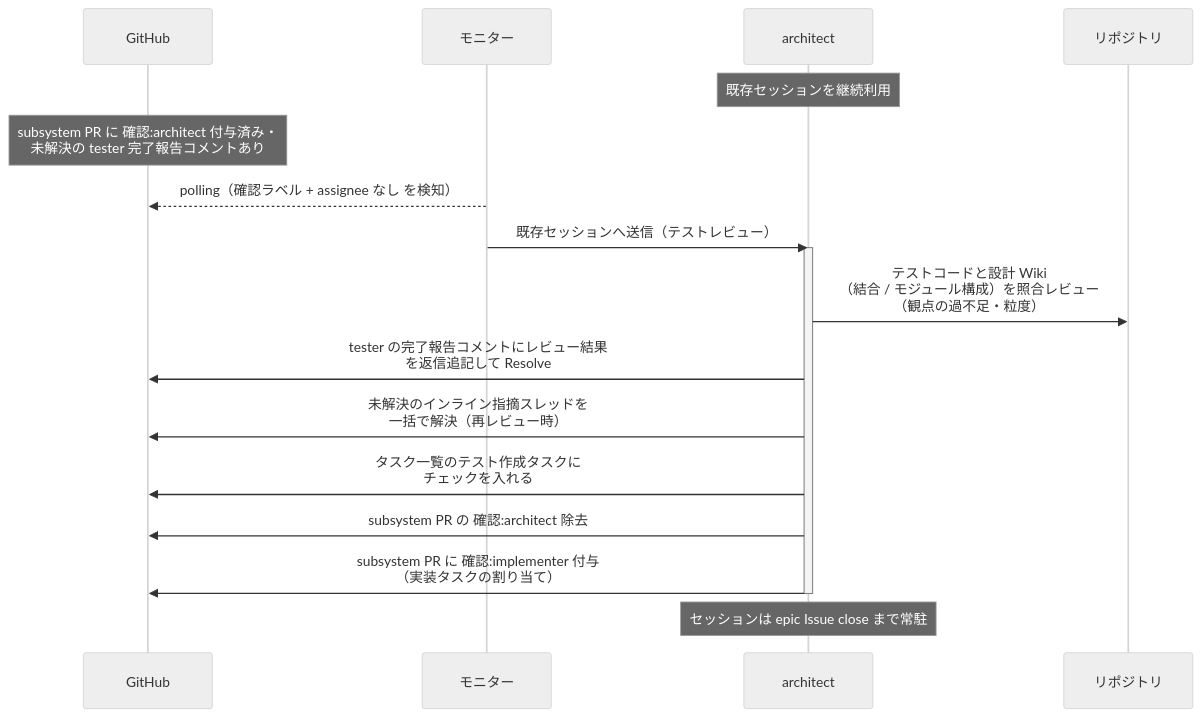
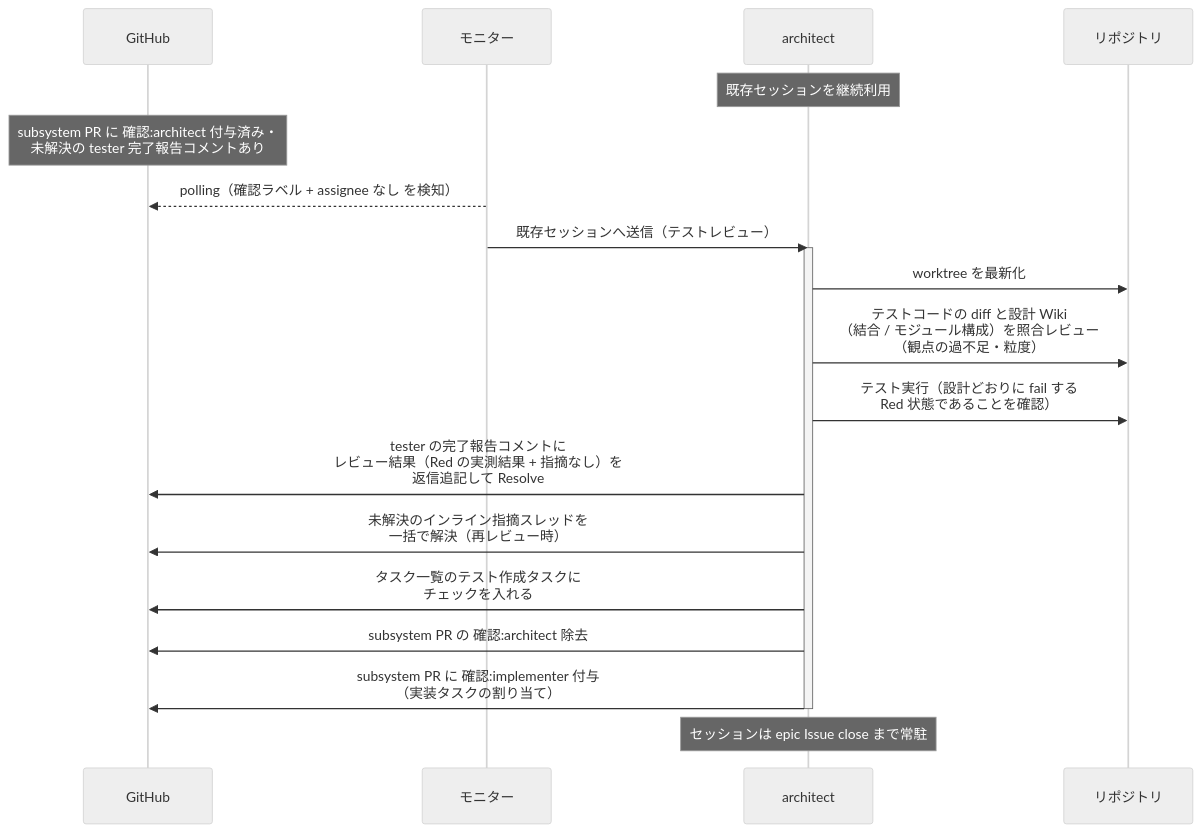
Before and after one commit to shuhei1101/ai-monitor: the first of 2 diagrams in docs/wiki/設計図/シナリオ/単一ユースケース/テストレビュー.md, drawn with Mermaid (neutral theme). The commit also changed other lines of this file and 304 other files, not shown here.

````diff
--- a/docs/wiki/設計図/シナリオ/単一ユースケース/テストレビュー.md
+++ b/docs/wiki/設計図/シナリオ/単一ユースケース/テストレビュー.md
@@ -27,21 +27,23 @@
 ```mermaid
 sequenceDiagram
   participant GH as GitHub
   participant ORC as モニター
   participant MON as architect
   participant REPO as リポジトリ
 
   Note over MON: 既存セッションを継続利用
   Note over GH: subsystem PR に 確認:architect 付与済み・<br>未解決の tester 完了報告コメントあり
   ORC-->>GH: polling（確認ラベル + assignee なし を検知）
   ORC->>MON: 既存セッションへ送信（テストレビュー）
   activate MON
-  MON->>REPO: テストコードと設計 Wiki<br>（結合 / モジュール構成）を照合レビュー<br>（観点の過不足・粒度）
-  MON->>GH: tester の完了報告コメントにレビュー結果<br>を返信追記して Resolve
+  MON->>REPO: worktree を最新化
+  MON->>REPO: テストコードの diff と設計 Wiki<br>（結合 / モジュール構成）を照合レビュー<br>（観点の過不足・粒度）
+  MON->>REPO: テスト実行（設計どおりに fail する<br>Red 状態であることを確認）
+  MON->>GH: tester の完了報告コメントに<br>レビュー結果（Red の実測結果 + 指摘なし）を<br>返信追記して Resolve
   MON->>GH: 未解決のインライン指摘スレッドを<br>一括で解決（再レビュー時）
   MON->>GH: タスク一覧のテスト作成タスクに<br>チェックを入れる
   MON->>GH: subsystem PR の 確認:architect 除去
   MON->>GH: subsystem PR に 確認:implementer 付与<br>（実装タスクの割り当て）
   deactivate MON
   Note over MON: セッションは epic Issue close まで常駐
 ```
````
